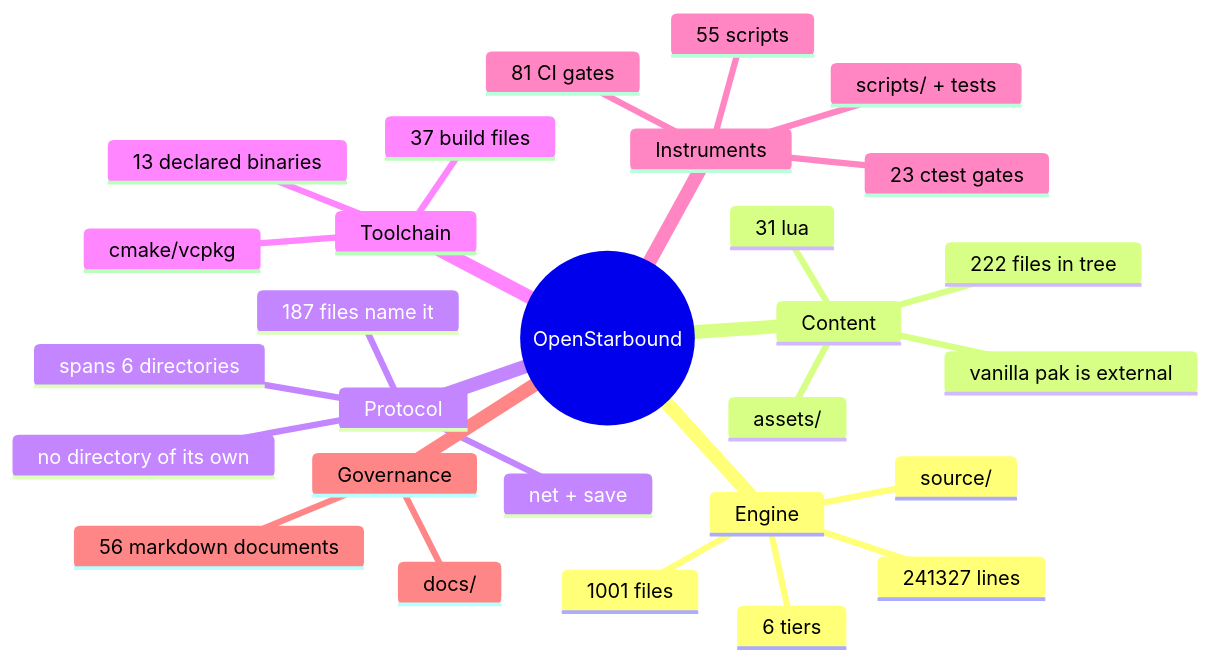
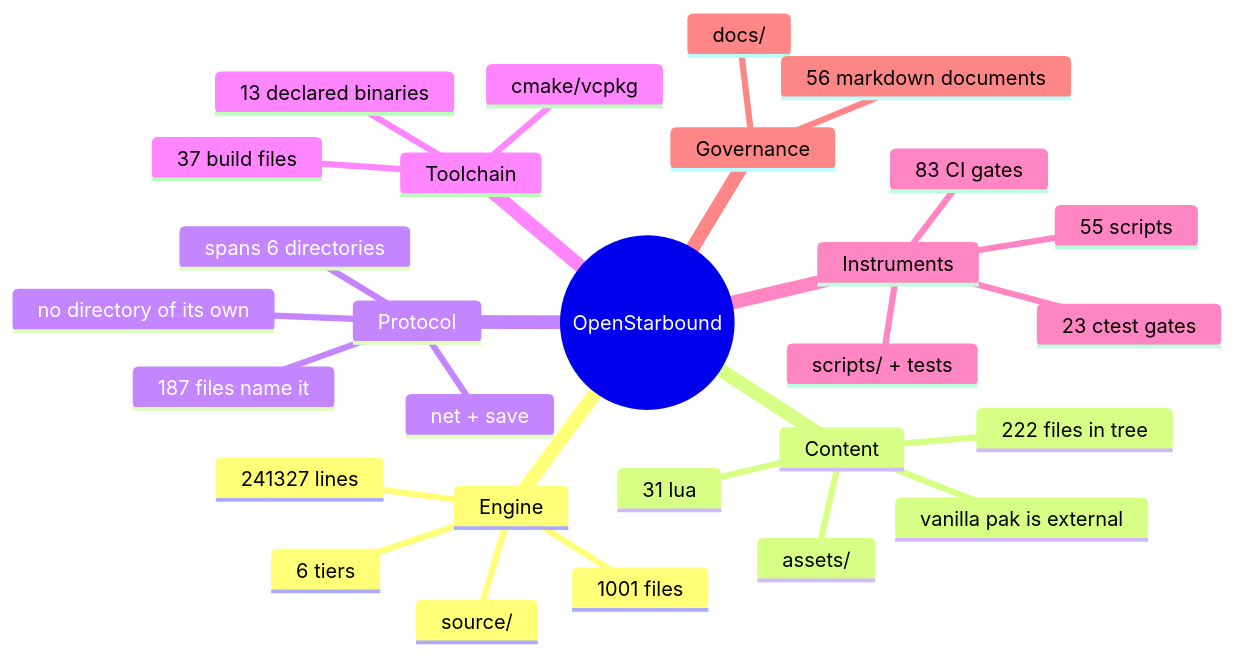
One commit to apnex/OpenStarbound changed the second of 11 diagrams in docs/architecture/system-boundaries.md. Above: the diagram before and after it, drawn with Mermaid. The commit also changed 3 other files, not shown here.

````diff
--- a/docs/architecture/system-boundaries.md
+++ b/docs/architecture/system-boundaries.md
@@ -166,31 +166,31 @@
 ```mermaid
 mindmap
   root((OpenStarbound))
     Engine
       source/
       1001 files
       241327 lines
       6 tiers
     Content
       assets/
       222 files in tree
       31 lua
       vanilla pak is external
     Protocol
       net + save
       187 files name it
       spans 6 directories
       no directory of its own
     Toolchain
       cmake/vcpkg
       37 build files
       13 declared binaries
     Instruments
       scripts/ + tests
       55 scripts
       23 ctest gates
-      81 CI gates
+      83 CI gates
     Governance
       docs/
       56 markdown documents
 ```
````
